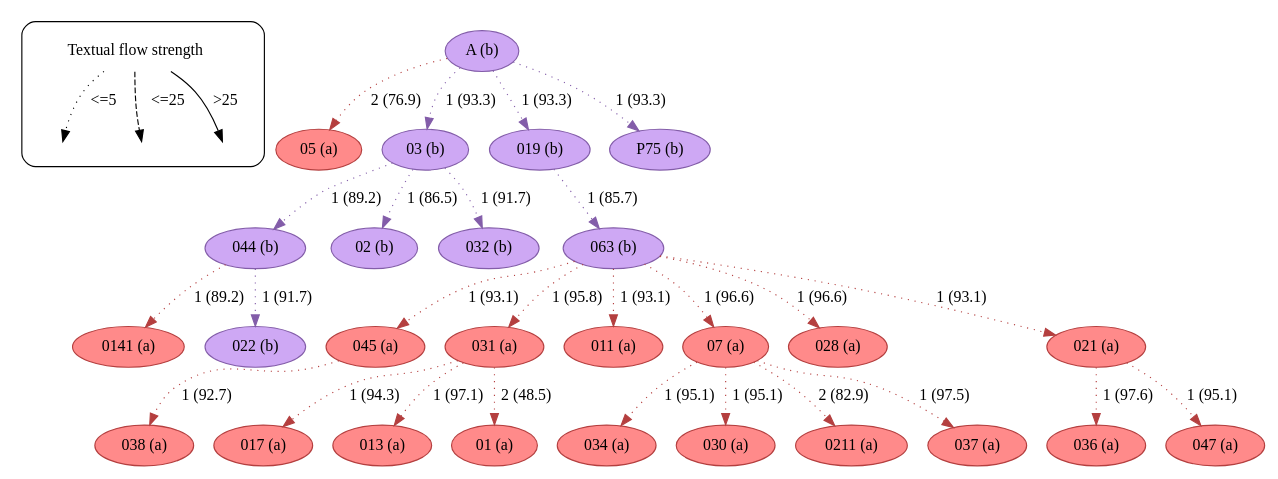
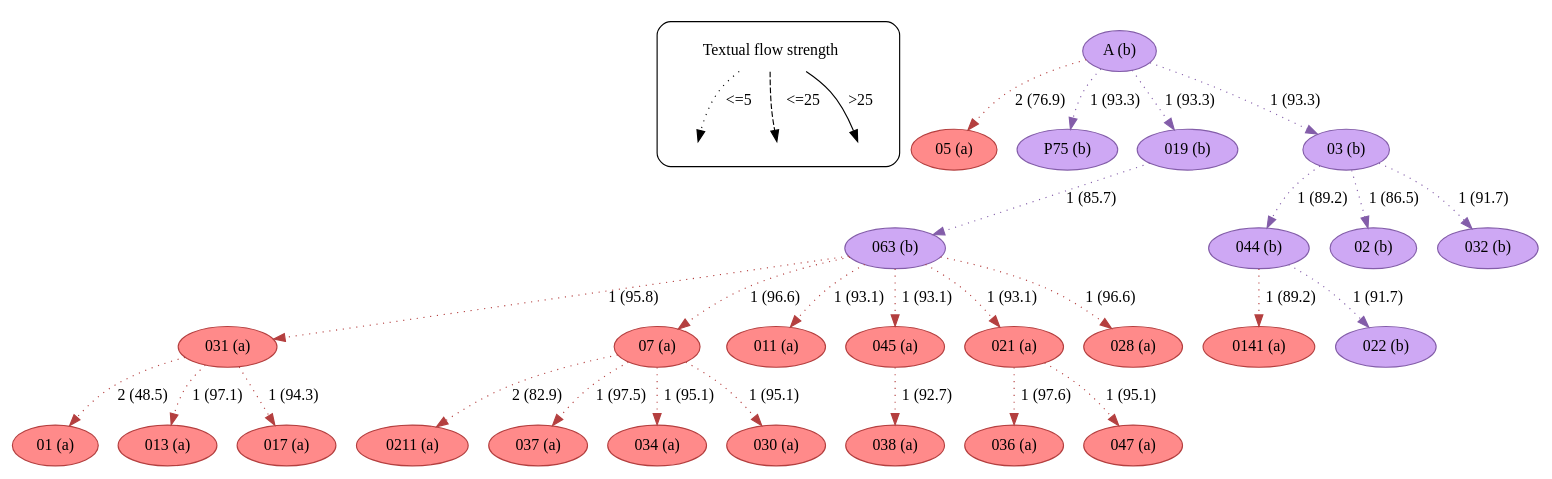
One commit to edmondac/CBGM changed the diagram in example/c2/textual_flow_22_40-52_c2.dot. Above: the diagram before and after it, drawn with Graphviz. The commit also changed other lines of this file and 800 other files, not shown here.

```diff
--- a/example/c2/textual_flow_22_40-52_c2.dot
+++ b/example/c2/textual_flow_22_40-52_c2.dot
@@ -23,23 +23,44 @@
 		leg_s -> leg_e3		 [label=">25",
 			style=solid];
 	}
+	031	 [color="#b43f3f",
+		fillcolor="#FF8A8A",
+		label="031 (a)",
+		style=filled];
+	01	 [color="#b43f3f",
+		fillcolor="#FF8A8A",
+		label="01 (a)",
+		style=filled];
+	031 -> 01	 [color="#b43f3f",
+		label="2 (48.5)",
+		style=dotted];
+	013	 [color="#b43f3f",
+		fillcolor="#FF8A8A",
+		label="013 (a)",
+		style=filled];
+	031 -> 013	 [color="#b43f3f",
+		label="1 (97.1)",
+		style=dotted];
+	017	 [color="#b43f3f",
+		fillcolor="#FF8A8A",
+		label="017 (a)",
+		style=filled];
+	031 -> 017	 [color="#b43f3f",
+		label="1 (94.3)",
+		style=dotted];
 	063	 [color="#835da9",
 		fillcolor="#CEA8F4",
 		label="063 (b)",
 		style=filled];
-	045	 [color="#b43f3f",
-		fillcolor="#FF8A8A",
-		label="045 (a)",
-		style=filled];
-	063 -> 045	 [color="#b43f3f",
-		label="1 (93.1)",
-		style=dotted];
-	031	 [color="#b43f3f",
-		fillcolor="#FF8A8A",
-		label="031 (a)",
-		style=filled];
 	063 -> 031	 [color="#b43f3f",
 		label="1 (95.8)",
+		style=dotted];
+	07	 [color="#b43f3f",
+		fillcolor="#FF8A8A",
+		label="07 (a)",
+		style=filled];
+	063 -> 07	 [color="#b43f3f",
+		label="1 (96.6)",
 		style=dotted];
 	011	 [color="#b43f3f",
 		fillcolor="#FF8A8A",
@@ -48,12 +69,19 @@
 	063 -> 011	 [color="#b43f3f",
 		label="1 (93.1)",
 		style=dotted];
-	07	 [color="#b43f3f",
+	045	 [color="#b43f3f",
 		fillcolor="#FF8A8A",
-		label="07 (a)",
+		label="045 (a)",
 		style=filled];
-	063 -> 07	 [color="#b43f3f",
-		label="1 (96.6)",
+	063 -> 045	 [color="#b43f3f",
+		label="1 (93.1)",
+		style=dotted];
+	021	 [color="#b43f3f",
+		fillcolor="#FF8A8A",
+		label="021 (a)",
+		style=filled];
+	063 -> 021	 [color="#b43f3f",
+		label="1 (93.1)",
 		style=dotted];
 	028	 [color="#b43f3f",
 		fillcolor="#FF8A8A",
@@ -62,40 +90,19 @@
 	063 -> 028	 [color="#b43f3f",
 		label="1 (96.6)",
 		style=dotted];
-	021	 [color="#b43f3f",
+	0211	 [color="#b43f3f",
 		fillcolor="#FF8A8A",
-		label="021 (a)",
+		label="0211 (a)",
 		style=filled];
-	063 -> 021	 [color="#b43f3f",
-		label="1 (93.1)",
+	07 -> 0211	 [color="#b43f3f",
+		label="2 (82.9)",
 		style=dotted];
-	038	 [color="#b43f3f",
+	037	 [color="#b43f3f",
 		fillcolor="#FF8A8A",
-		label="038 (a)",
+		label="037 (a)",
 		style=filled];
-	045 -> 038	 [color="#b43f3f",
-		label="1 (92.7)",
-		style=dotted];
-	017	 [color="#b43f3f",
-		fillcolor="#FF8A8A",
-		label="017 (a)",
-		style=filled];
-	031 -> 017	 [color="#b43f3f",
-		label="1 (94.3)",
-		style=dotted];
-	013	 [color="#b43f3f",
-		fillcolor="#FF8A8A",
-		label="013 (a)",
-		style=filled];
-	031 -> 013	 [color="#b43f3f",
-		label="1 (97.1)",
-		style=dotted];
-	01	 [color="#b43f3f",
-		fillcolor="#FF8A8A",
-		label="01 (a)",
-		style=filled];
-	031 -> 01	 [color="#b43f3f",
-		label="2 (48.5)",
+	07 -> 037	 [color="#b43f3f",
+		label="1 (97.5)",
 		style=dotted];
 	034	 [color="#b43f3f",
 		fillcolor="#FF8A8A",
@@ -111,19 +118,26 @@
 	07 -> 030	 [color="#b43f3f",
 		label="1 (95.1)",
 		style=dotted];
-	0211	 [color="#b43f3f",
+	038	 [color="#b43f3f",
 		fillcolor="#FF8A8A",
-		label="0211 (a)",
+		label="038 (a)",
 		style=filled];
-	07 -> 0211	 [color="#b43f3f",
-		label="2 (82.9)",
+	045 -> 038	 [color="#b43f3f",
+		label="1 (92.7)",
 		style=dotted];
-	037	 [color="#b43f3f",
+	036	 [color="#b43f3f",
 		fillcolor="#FF8A8A",
-		label="037 (a)",
+		label="036 (a)",
 		style=filled];
-	07 -> 037	 [color="#b43f3f",
-		label="1 (97.5)",
+	021 -> 036	 [color="#b43f3f",
+		label="1 (97.6)",
+		style=dotted];
+	047	 [color="#b43f3f",
+		fillcolor="#FF8A8A",
+		label="047 (a)",
+		style=filled];
+	021 -> 047	 [color="#b43f3f",
+		label="1 (95.1)",
 		style=dotted];
 	044	 [color="#835da9",
 		fillcolor="#CEA8F4",
@@ -143,20 +157,6 @@
 	044 -> 022	 [color="#835da9",
 		label="1 (91.7)",
 		style=dotted];
-	036	 [color="#b43f3f",
-		fillcolor="#FF8A8A",
-		label="036 (a)",
-		style=filled];
-	021 -> 036	 [color="#b43f3f",
-		label="1 (97.6)",
-		style=dotted];
-	047	 [color="#b43f3f",
-		fillcolor="#FF8A8A",
-		label="047 (a)",
-		style=filled];
-	021 -> 047	 [color="#b43f3f",
-		label="1 (95.1)",
-		style=dotted];
 	A	 [color="#835da9",
 		fillcolor="#CEA8F4",
 		label="A (b)",
@@ -168,11 +168,11 @@
 	A -> 05	 [color="#b43f3f",
 		label="2 (76.9)",
 		style=dotted];
-	03	 [color="#835da9",
+	P75	 [color="#835da9",
 		fillcolor="#CEA8F4",
-		label="03 (b)",
+		label="P75 (b)",
 		style=filled];
-	A -> 03	 [color="#835da9",
+	A -> P75	 [color="#835da9",
 		label="1 (93.3)",
 		style=dotted];
 	019	 [color="#835da9",
@@ -182,12 +182,15 @@
 	A -> 019	 [color="#835da9",
 		label="1 (93.3)",
 		style=dotted];
-	P75	 [color="#835da9",
+	03	 [color="#835da9",
 		fillcolor="#CEA8F4",
-		label="P75 (b)",
+		label="03 (b)",
 		style=filled];
-	A -> P75	 [color="#835da9",
+	A -> 03	 [color="#835da9",
 		label="1 (93.3)",
+		style=dotted];
+	019 -> 063	 [color="#835da9",
+		label="1 (85.7)",
 		style=dotted];
 	03 -> 044	 [color="#835da9",
 		label="1 (89.2)",
@@ -206,7 +209,4 @@
 	03 -> 032	 [color="#835da9",
 		label="1 (91.7)",
 		style=dotted];
-	019 -> 063	 [color="#835da9",
-		label="1 (85.7)",
-		style=dotted];
 }
```
